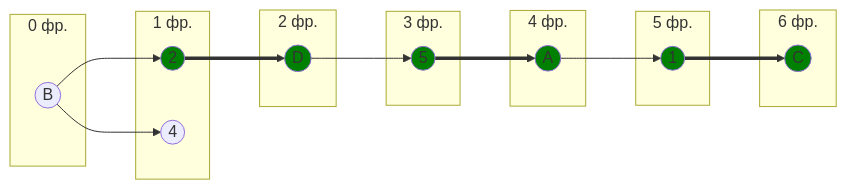
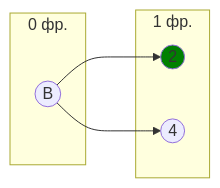
The ninth of 12 diagrams in Задание 8/Nyashki.md (algos-ris-24-3/manual-tasks), drawn with Mermaid before and after one commit. The commit also changed other lines of this file, not shown here.

````diff
--- a/Задание 8/Nyashki.md
+++ b/Задание 8/Nyashki.md
@@ -313,36 +313,15 @@
 ```mermaid
 graph LR
     subgraph " 0 фр."
         B((B))
     end
     subgraph " 1 фр."
         2((2))
         4((4))
     end
-    subgraph " 2 фр."
-        D((D))
-    end
-    subgraph " 3 фр."
-        5((5))
-    end
-    subgraph " 4 фр."
-        A((A))
-    end
-    subgraph " 5 фр."
-        1((1))
-    end
-    subgraph " 6 фр."
-        C((C))
-    end
     
     B --> 2 
     B --> 4
-    2 ==> D --> 5 ==> A --> 1 ==> C
 
-    style D fill:#008000
     style 2 fill:#008000
-    style 5 fill:#008000
-    style A fill:#008000
-    style 1 fill:#008000
-    style C fill:#008000
 ```
````
